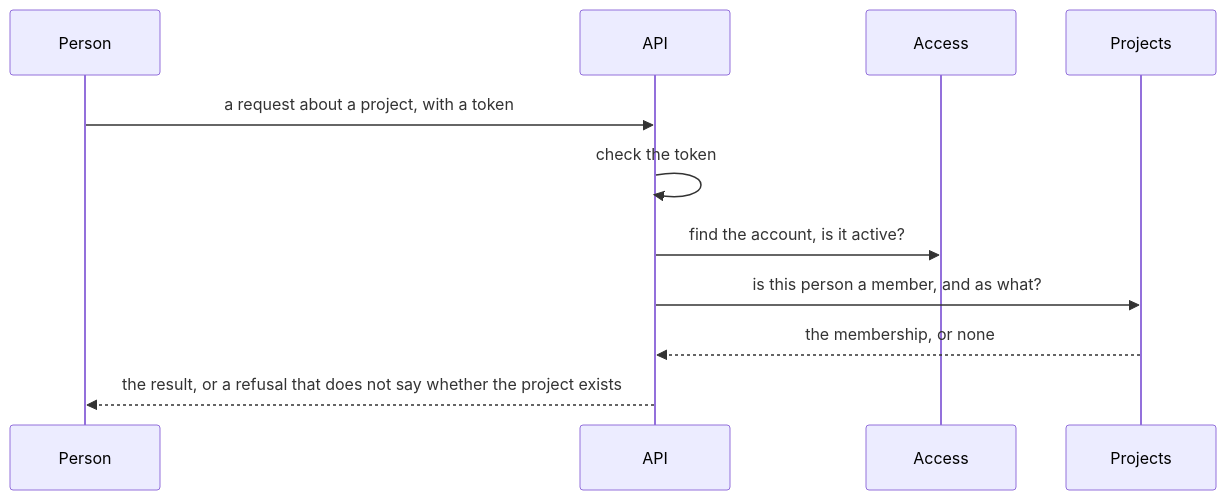
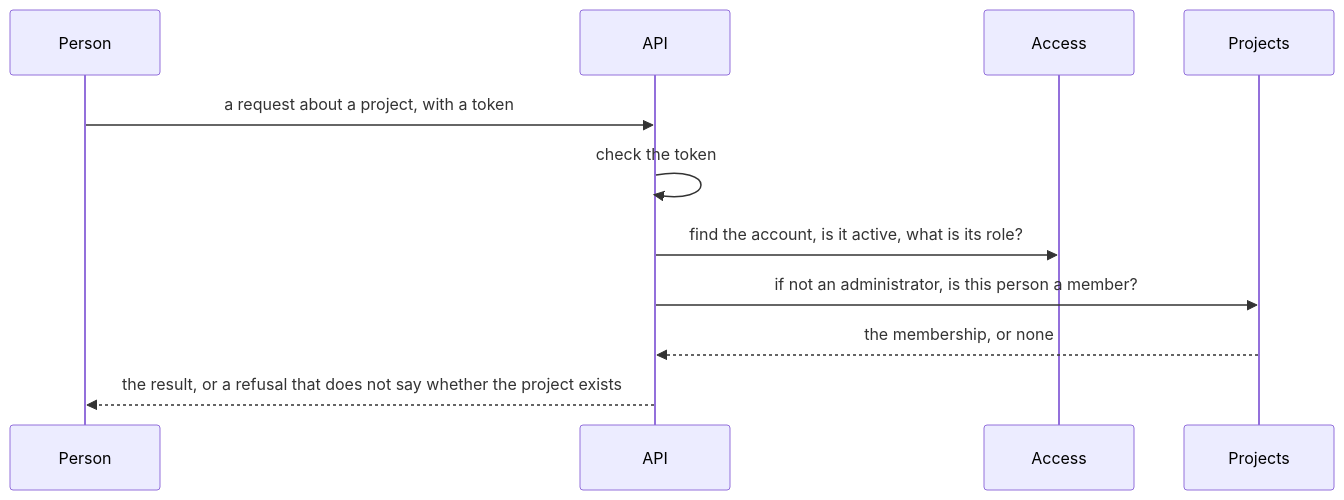
One commit to Thommans-Playground/playground-keycloak changed the diagram in docs/domain/contexts/BC-PROJECTS.md. Above: the diagram before and after it, drawn with Mermaid. The commit also changed other lines of this file and 13 other files, not shown here.

````diff
--- a/docs/domain/contexts/BC-PROJECTS.md
+++ b/docs/domain/contexts/BC-PROJECTS.md
@@ -84,13 +85,13 @@
 ```mermaid
 sequenceDiagram
     participant P as Person
     participant A as API
     participant C as Access
     participant J as Projects
     P->>A: a request about a project, with a token
     A->>A: check the token
-    A->>C: find the account, is it active?
-    A->>J: is this person a member, and as what?
+    A->>C: find the account, is it active, what is its role?
+    A->>J: if not an administrator, is this person a member?
     J-->>A: the membership, or none
     A-->>P: the result, or a refusal that does not say whether the project exists
 ```
````
